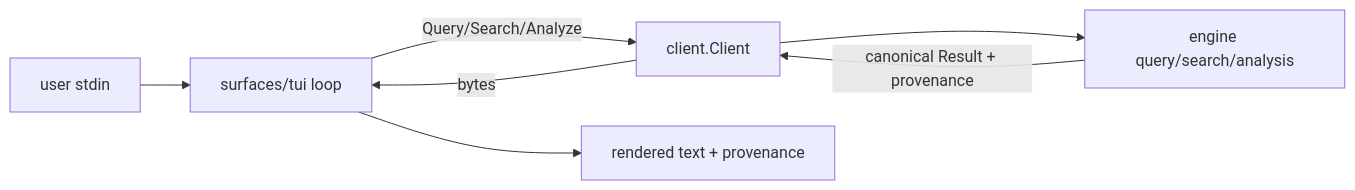
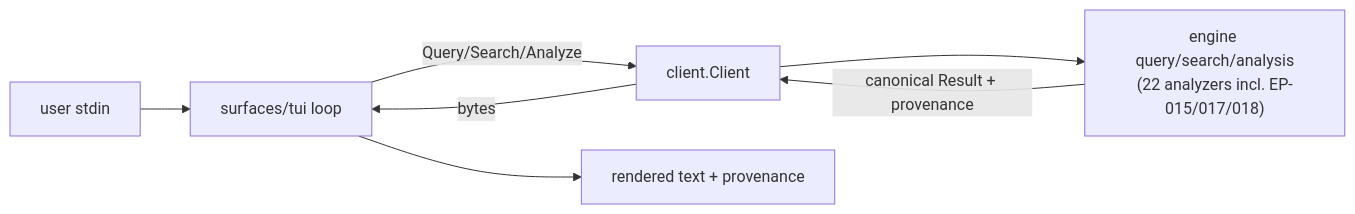
The diagram in docs/surfaces-tui.md (samibel/graphi), drawn with Mermaid before and after one commit. The commit also changed other lines of this file and 14 other files, not shown here.

````diff
--- a/docs/surfaces-tui.md
+++ b/docs/surfaces-tui.md
@@ -41,9 +48,9 @@
 ```mermaid
 flowchart LR
     U[user stdin] --> T[surfaces/tui loop]
     T -->|Query/Search/Analyze| C[client.Client]
-    C --> E[engine query/search/analysis]
+    C --> E["engine query/search/analysis<br/>(22 analyzers incl. EP-015/017/018)"]
     E -->|canonical Result + provenance| C
     C -->|bytes| T
     T --> O[rendered text + provenance]
 ```
````
